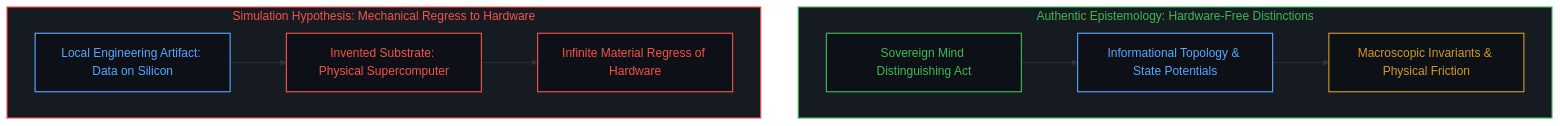
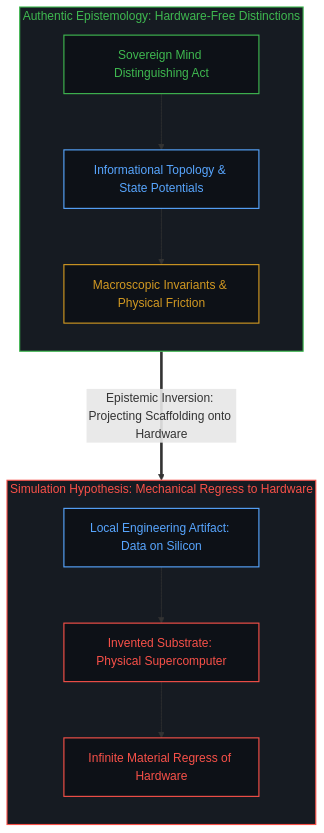
Before and after one commit to powerpig99/not-a-toe: the second of 10 diagrams in content/posts/all-that-can-be-spoken-is-the-product-of-the-unspeakable.md, drawn with Mermaid. The commit also changed other lines of this file and 1 other file, not shown here.

Commit message:
Convert Post #333 Mermaid diagrams to strictly vertical mobile-friendly top-down flow and add audit invariant

````diff
--- a/content/posts/all-that-can-be-spoken-is-the-product-of-the-unspeakable.md
+++ b/content/posts/all-that-can-be-spoken-is-the-product-of-the-unspeakable.md
@@ -49,25 +53,29 @@
 ```mermaid
 graph TD
     classDef default fill:#0d1117,stroke:#30363d,stroke-width:1px,color:#f0f6fc;
     classDef mind fill:#0d1117,stroke:#3fb950,stroke-width:1.5px,color:#3fb950;
     classDef failure fill:#0d1117,stroke:#f85149,stroke-width:1.5px,color:#f85149;
     classDef scaffold fill:#0d1117,stroke:#d29922,stroke-width:1.5px,color:#d29922;
     classDef model fill:#0d1117,stroke:#58a6ff,stroke-width:1.5px,color:#58a6ff;
 
     subgraph S_True_EN ["Authentic Epistemology: Hardware-Free Distinctions"]
+        direction TB
         ME1["Sovereign Mind Distinguishing Act"]:::mind
         ME2["Informational Topology & State Potentials"]:::model
         ME3["Macroscopic Invariants & Physical Friction"]:::scaffold
         ME1 --> ME2 --> ME3
     end
 
     subgraph S_Fallacy_EN ["Simulation Hypothesis: Mechanical Regress to Hardware"]
+        direction TB
         FE1["Local Engineering Artifact: Data on Silicon"]:::model
         FE2["Invented Substrate: Physical Supercomputer"]:::failure
         FE3["Infinite Material Regress of Hardware"]:::failure
         FE1 --> FE2 --> FE3
     end
 
+    ME3 ===>|"Epistemic Inversion: Projecting Scaffolding onto Hardware"| FE1
+
     style S_True_EN fill:#161b22,stroke:#3fb950,stroke-width:1.5px,color:#3fb950
     style S_Fallacy_EN fill:#161b22,stroke:#f85149,stroke-width:1.5px,color:#f85149
 ```
````
